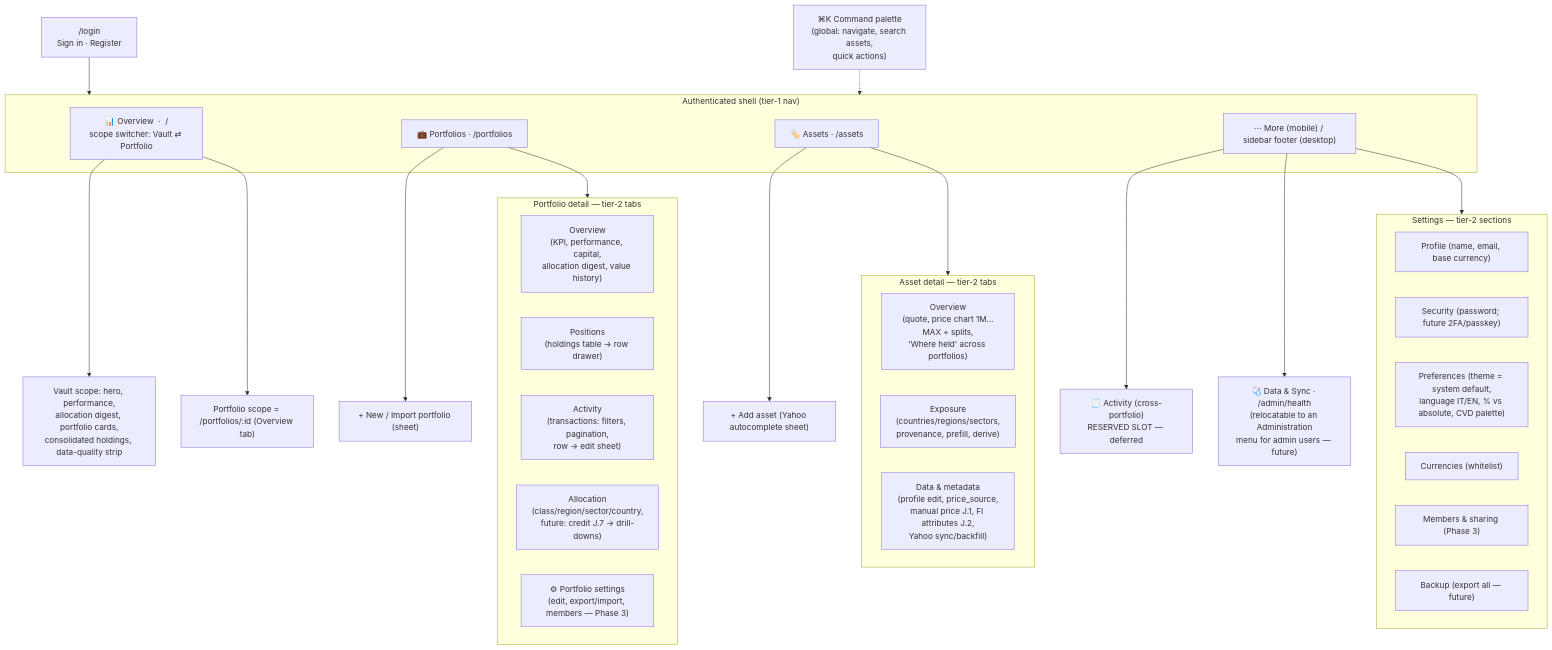
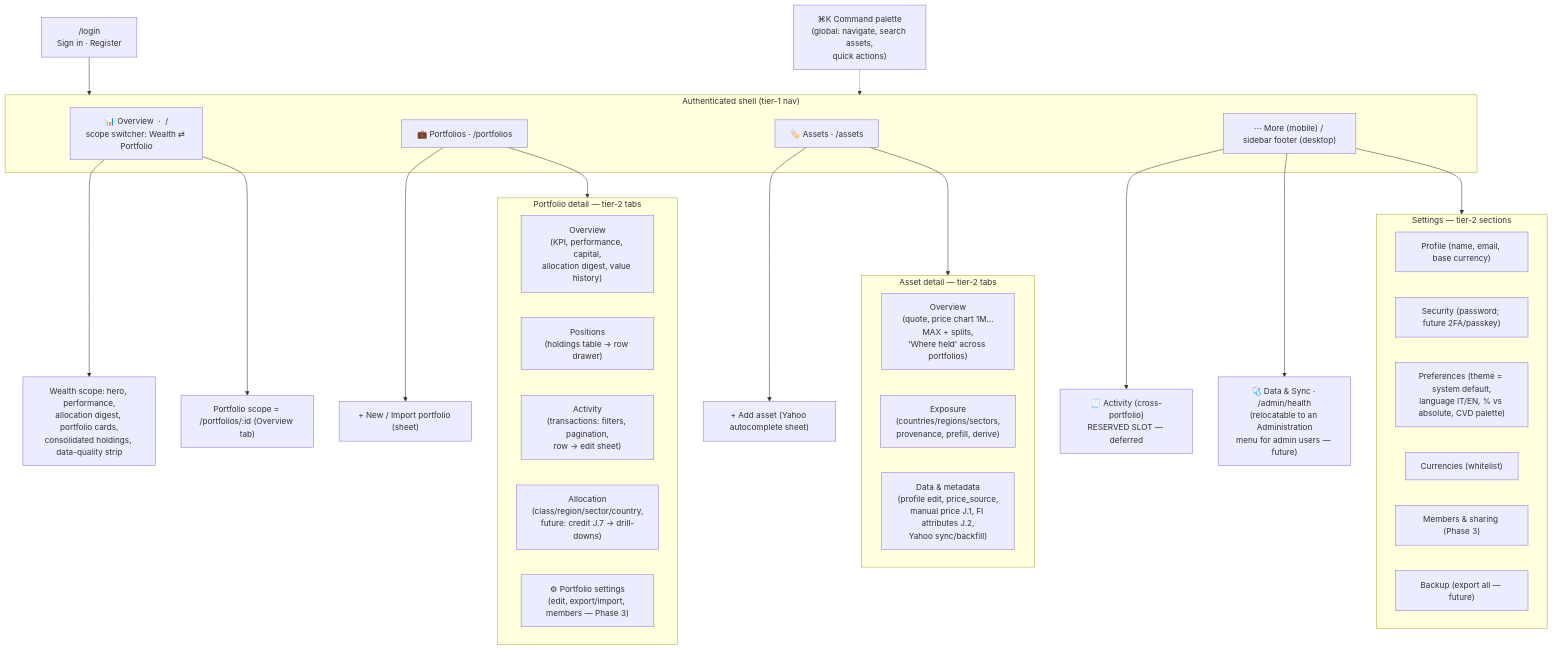
Before and after one commit to alv67/vault-lab: the third of 8 diagrams in docs/UX-REDESIGN.en.md, drawn with Mermaid. The commit also changed other lines of this file and 47 other files, not shown here.

````diff
--- a/docs/UX-REDESIGN.en.md
+++ b/docs/UX-REDESIGN.en.md
@@ -137,49 +137,49 @@
 ```mermaid
 flowchart TD
     LOGIN["/login<br/>Sign in · Register"] --> SHELL
 
     subgraph SHELL["Authenticated shell (tier-1 nav)"]
-        OV["📊 Overview  ·  /<br/>scope switcher: Vault ⇄ Portfolio"]
+        OV["📊 Overview  ·  /<br/>scope switcher: Wealth ⇄ Portfolio"]
         PFL["💼 Portfolios  ·  /portfolios"]
         AST["🏷️ Assets  ·  /assets"]
         MORE["⋯ More (mobile) / sidebar footer (desktop)"]
     end
 
-    OV --> OVV["Vault scope: hero, performance,<br/>allocation digest, portfolio cards,<br/>consolidated holdings, data-quality strip"]
+    OV --> OVV["Wealth scope: hero, performance,<br/>allocation digest, portfolio cards,<br/>consolidated holdings, data-quality strip"]
     OV --> OVP["Portfolio scope = /portfolios/:id (Overview tab)"]
 
     PFL --> PNEW["+ New / Import portfolio (sheet)"]
     PFL --> PD["/portfolios/:id"]
 
     subgraph PD["Portfolio detail — tier-2 tabs"]
         T1["Overview<br/>(KPI, performance, capital,<br/>allocation digest, value history)"]
         T2["Positions<br/>(holdings table → row drawer)"]
         T3["Activity<br/>(transactions: filters, pagination,<br/>row → edit sheet)"]
         T4["Allocation<br/>(class/region/sector/country,<br/>future: credit J.7 → drill-downs)"]
         T5["⚙ Portfolio settings<br/>(edit, export/import, members — Phase 3)"]
     end
 
     AST --> ANEW["+ Add asset (Yahoo autocomplete sheet)"]
     AST --> AD["/assets/:id"]
 
     subgraph AD["Asset detail — tier-2 tabs"]
         A1["Overview<br/>(quote, price chart 1M…MAX + splits,<br/>'Where held' across portfolios)"]
         A2["Exposure<br/>(countries/regions/sectors,<br/>provenance, prefill, derive)"]
         A3["Data & metadata<br/>(profile edit, price_source,<br/>manual price J.1, FI attributes J.2,<br/>Yahoo sync/backfill)"]
     end
 
     MORE --> ACT["🧾 Activity (cross-portfolio)<br/>RESERVED SLOT — deferred"]
     MORE --> DQ["🩺 Data & Sync · /admin/health<br/>(relocatable to an Administration<br/>menu for admin users — future)"]
     MORE --> SET["⚙ Settings · /settings"]
 
     subgraph SET["Settings — tier-2 sections"]
         G1["Profile (name, email, base currency)"]
         G2["Security (password; future 2FA/passkey)"]
         G3["Preferences (theme = system default,<br/>language IT/EN, % vs absolute, CVD palette)"]
         G4["Currencies (whitelist)"]
         G5["Members & sharing (Phase 3)"]
         G6["Backup (export all — future)"]
     end
 
     CMD["⌘K Command palette<br/>(global: navigate, search assets,<br/>quick actions)"] -.-> SHELL
 ```
````
